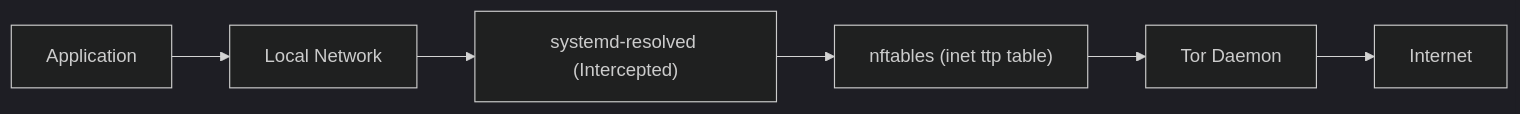
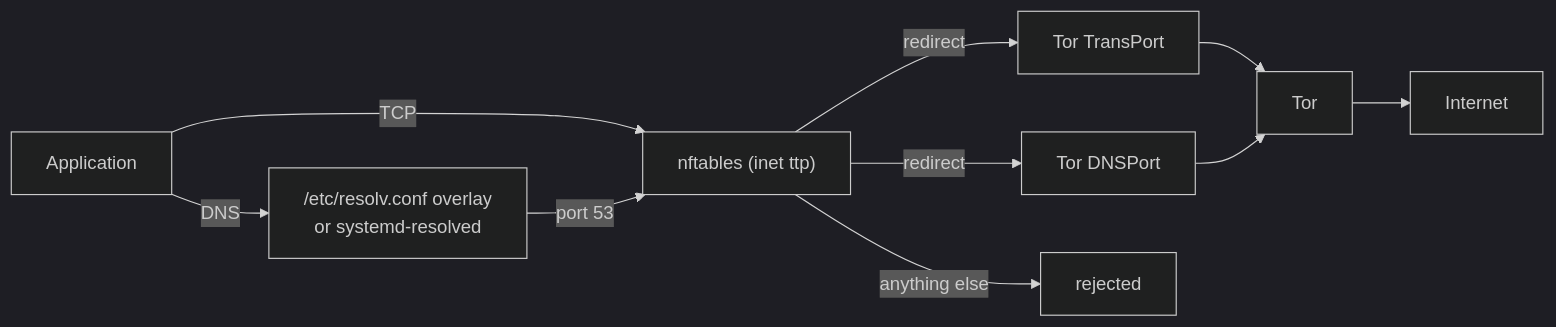
One commit to onyks-os/TransparentTorProxy changed the diagram in README.md. Above: the diagram before and after it, drawn with Mermaid (dark theme). The commit also changed other lines of this file and 28 other files, not shown here.

````diff
--- a/README.md
+++ b/README.md
@@ -220,8 +227,12 @@
 ```mermaid
 flowchart LR
-    App["Application"] --> Local["Local Network"]
-    Local --> DNS["systemd-resolved (Intercepted)"]
-    DNS --> NFT["nftables (inet ttp table)"]
-    NFT --> Tor["Tor Daemon"]
+    App["Application"] -->|TCP| NFT["nftables (inet ttp)"]
+    App -->|DNS| Resolver["/etc/resolv.conf overlay<br/>or systemd-resolved"]
+    Resolver -->|port 53| NFT
+    NFT -->|redirect| TransPort["Tor TransPort"]
+    NFT -->|redirect| DNSPort["Tor DNSPort"]
+    NFT -->|anything else| Reject["rejected"]
+    TransPort --> Tor["Tor"]
+    DNSPort --> Tor
     Tor --> Internet["Internet"]
 ```
````
